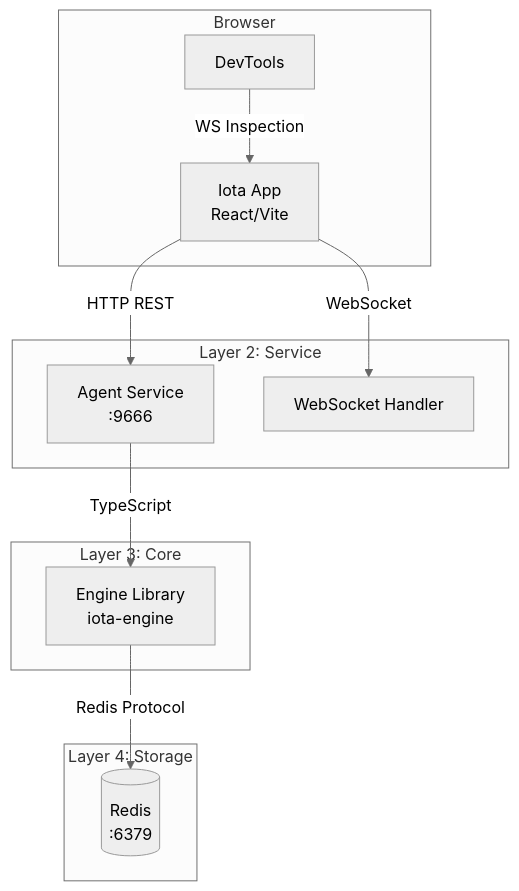
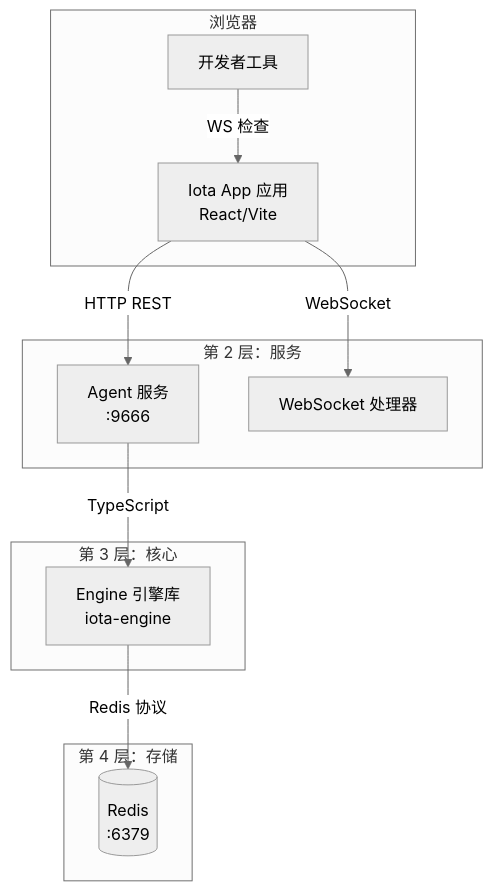
One commit to feuyeux/iota changed the diagram in docs/guides/04-app-guide.md. Above: the diagram before and after it, drawn with Mermaid (neutral theme). The commit also changed other lines of this file and 66 other files, not shown here.

````diff
--- a/docs/guides/04-app-guide.md
+++ b/docs/guides/04-app-guide.md
@@ -41,26 +41,26 @@
 ```mermaid
 graph TB
-    subgraph "Browser"
-        BrowserApp[Iota App<br/>React/Vite]
-        DevTools[DevTools]
+    subgraph "浏览器"
+        BrowserApp[Iota App 应用<br/>React/Vite]
+        DevTools[开发者工具]
     end
 
-    subgraph "Layer 2: Service"
-        Agent[Agent Service<br/>:9666]
-        WebSocket[WebSocket Handler]
+    subgraph "第 2 层：服务"
+        Agent[Agent 服务<br/>:9666]
+        WebSocket[WebSocket 处理器]
     end
 
-    subgraph "Layer 3: Core"
-        Engine[Engine Library<br/>iota-engine]
+    subgraph "第 3 层：核心"
+        Engine[Engine 引擎库<br/>iota-engine]
     end
 
-    subgraph "Layer 4: Storage"
+    subgraph "第 4 层：存储"
         Redis[(Redis<br/>:6379)]
     end
 
     BrowserApp -->|HTTP REST| Agent
     BrowserApp -->|WebSocket| WebSocket
     Agent -->|TypeScript| Engine
-    Engine -->|Redis Protocol| Redis
-    DevTools -->|WS Inspection| BrowserApp
+    Engine -->|Redis 协议| Redis
+    DevTools -->|WS 检查| BrowserApp
 ```
````
